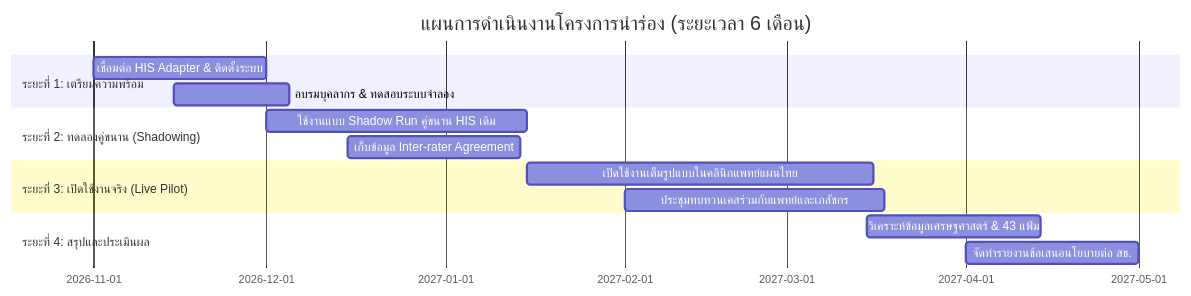
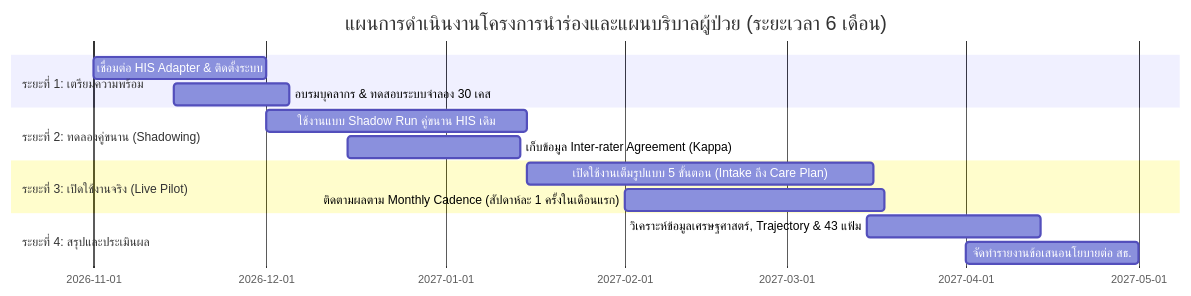
Before and after one commit to ClangxCL/TTM_Hackathon_2026: the diagram in docs/08-pilot-plan.md, drawn with Mermaid. The commit also changed other lines of this file and 9 other files, not shown here.

Commit message:
docs: comprehensive update across all 10 docs for VejVivat branding, 30 cases, patient intake, care plan & follow-up protocol

````diff
--- a/docs/08-pilot-plan.md
+++ b/docs/08-pilot-plan.md
@@ -21,17 +22,17 @@
 ```mermaid
 gantt
-    title แผนการดำเนินงานโครงการนำร่อง (ระยะเวลา 6 เดือน)
+    title แผนการดำเนินงานโครงการนำร่องและแผนบริบาลผู้ป่วย (ระยะเวลา 6 เดือน)
     dateFormat  YYYY-MM-DD
     section ระยะที่ 1: เตรียมความพร้อม
     เชื่อมต่อ HIS Adapter & ติดตั้งระบบ :2026-11-01, 30d
-    อบรมบุคลากร & ทดสอบระบบจำลอง :2026-11-15, 20d
+    อบรมบุคลากร & ทดสอบระบบจำลอง 30 เคส :2026-11-15, 20d
     section ระยะที่ 2: ทดลองคู่ขนาน (Shadowing)
     ใช้งานแบบ Shadow Run คู่ขนาน HIS เดิม :2026-12-01, 45d
-    เก็บข้อมูล Inter-rater Agreement :2026-12-15, 30d
+    เก็บข้อมูล Inter-rater Agreement (Kappa) :2026-12-15, 30d
     section ระยะที่ 3: เปิดใช้งานจริง (Live Pilot)
-    เปิดใช้งานเต็มรูปแบบในคลินิกแพทย์แผนไทย :2027-01-15, 60d
-    ประชุมทบทวนเคสร่วมกับแพทย์และเภสัชกร :2027-02-01, 45d
+    เปิดใช้งานเต็มรูปแบบ 5 ขั้นตอน (Intake ถึง Care Plan) :2027-01-15, 60d
+    ติดตามผลตาม Monthly Cadence (สัปดาห์ละ 1 ครั้งในเดือนแรก) :2027-02-01, 45d
     section ระยะที่ 4: สรุปและประเมินผล
-    วิเคราะห์ข้อมูลเศรษฐศาสตร์ & 43 แฟ้ม :2027-03-15, 30d
+    วิเคราะห์ข้อมูลเศรษฐศาสตร์, Trajectory & 43 แฟ้ม :2027-03-15, 30d
     จัดทำรายงานข้อเสนอนโยบายต่อ สธ. :2027-04-01, 30d
 ```
````
